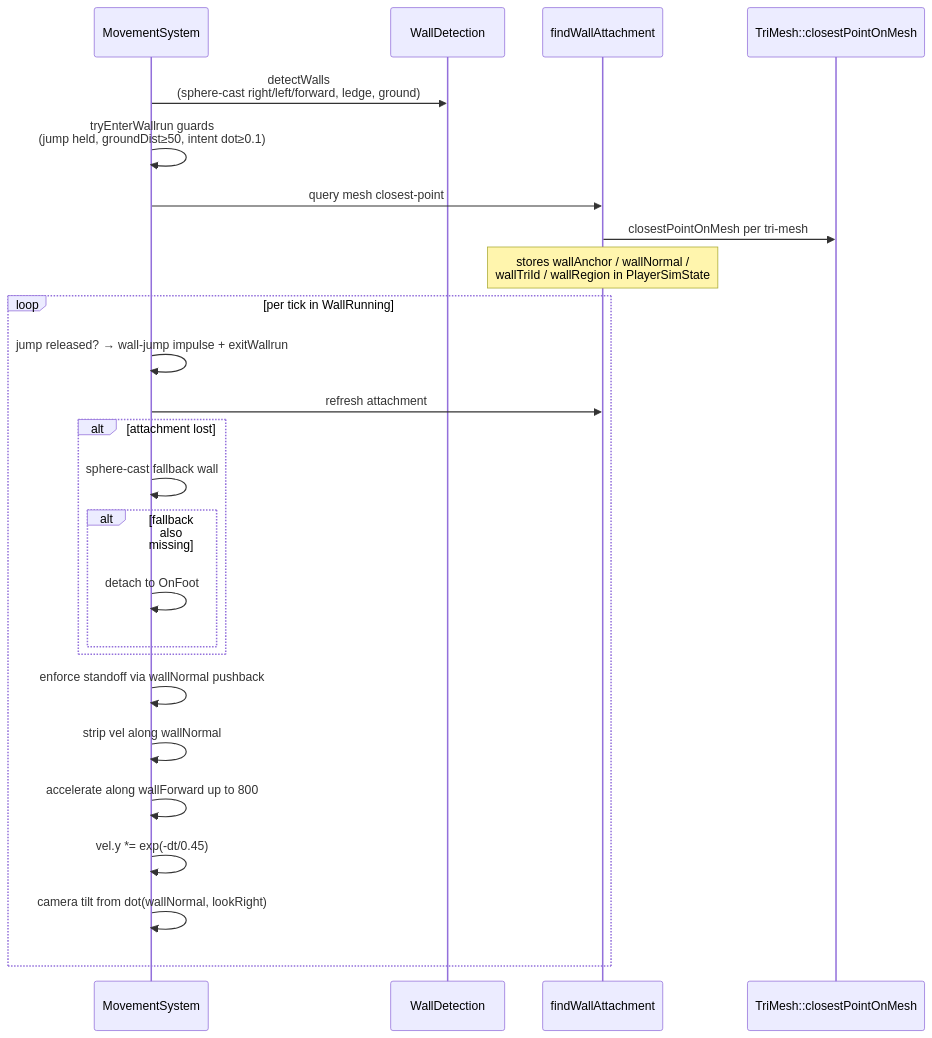
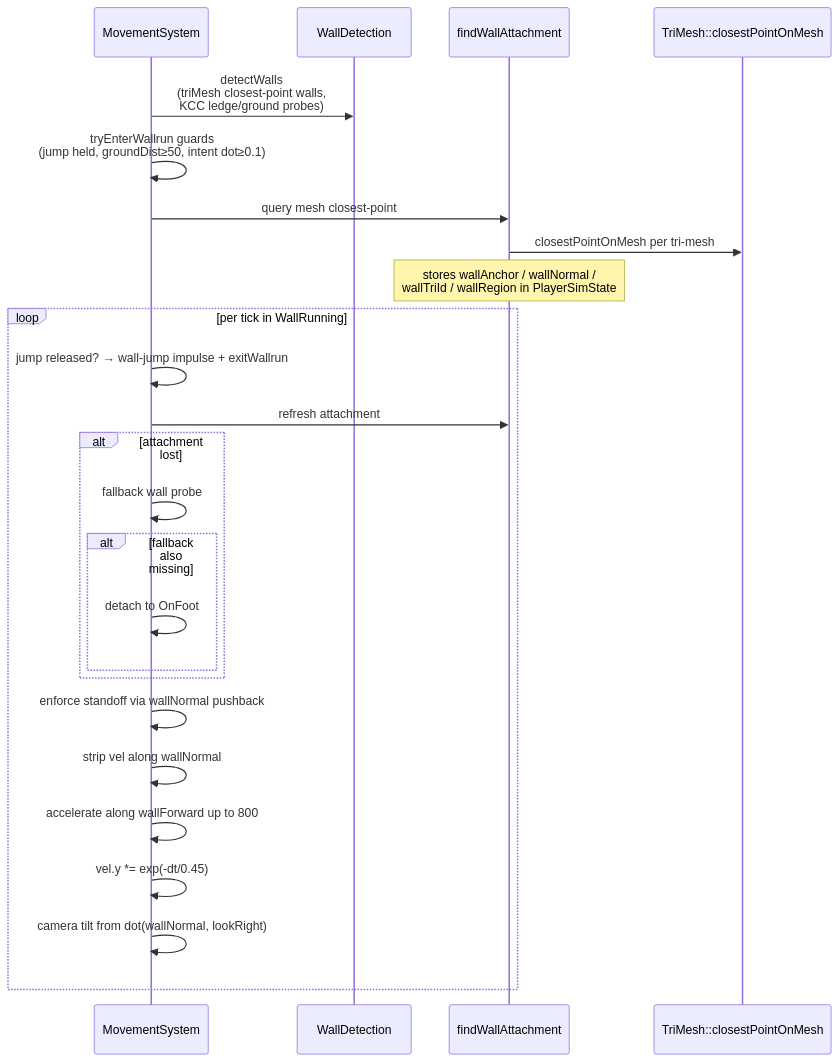
The fourth of 5 diagrams in docs/physics.md (ucsd-cse125-sp26/group2), drawn with Mermaid before and after one commit. The commit also changed other lines of this file and 2 other files, not shown here.

Commit message:
Sync collision docs with trimesh KCC

````diff
--- a/docs/physics.md
+++ b/docs/physics.md
@@ -159,28 +159,28 @@
 ```mermaid
 sequenceDiagram
   participant M as MovementSystem
   participant WD as WallDetection
   participant WA as findWallAttachment
   participant TM as TriMesh::closestPointOnMesh
 
-  M->>WD: detectWalls<br/>(sphere-cast right/left/forward, ledge, ground)
+  M->>WD: detectWalls<br/>(triMesh closest-point walls,<br/>KCC ledge/ground probes)
   M->>M: tryEnterWallrun guards<br/>(jump held, groundDist≥50, intent dot≥0.1)
   M->>WA: query mesh closest-point
   WA->>TM: closestPointOnMesh per tri-mesh
   Note over WA: stores wallAnchor / wallNormal /<br/>wallTriId / wallRegion in PlayerSimState
   loop per tick in WallRunning
     M->>M: jump released? → wall-jump impulse + exitWallrun
     M->>WA: refresh attachment
     alt attachment lost
-      M->>M: sphere-cast fallback wall
+      M->>M: fallback wall probe
       alt fallback also missing
         M->>M: detach to OnFoot
       end
     end
     M->>M: enforce standoff via wallNormal pushback
     M->>M: strip vel along wallNormal
     M->>M: accelerate along wallForward up to 800
     M->>M: vel.y *= exp(-dt/0.45)
     M->>M: camera tilt from dot(wallNormal, lookRight)
   end
 ```
````
